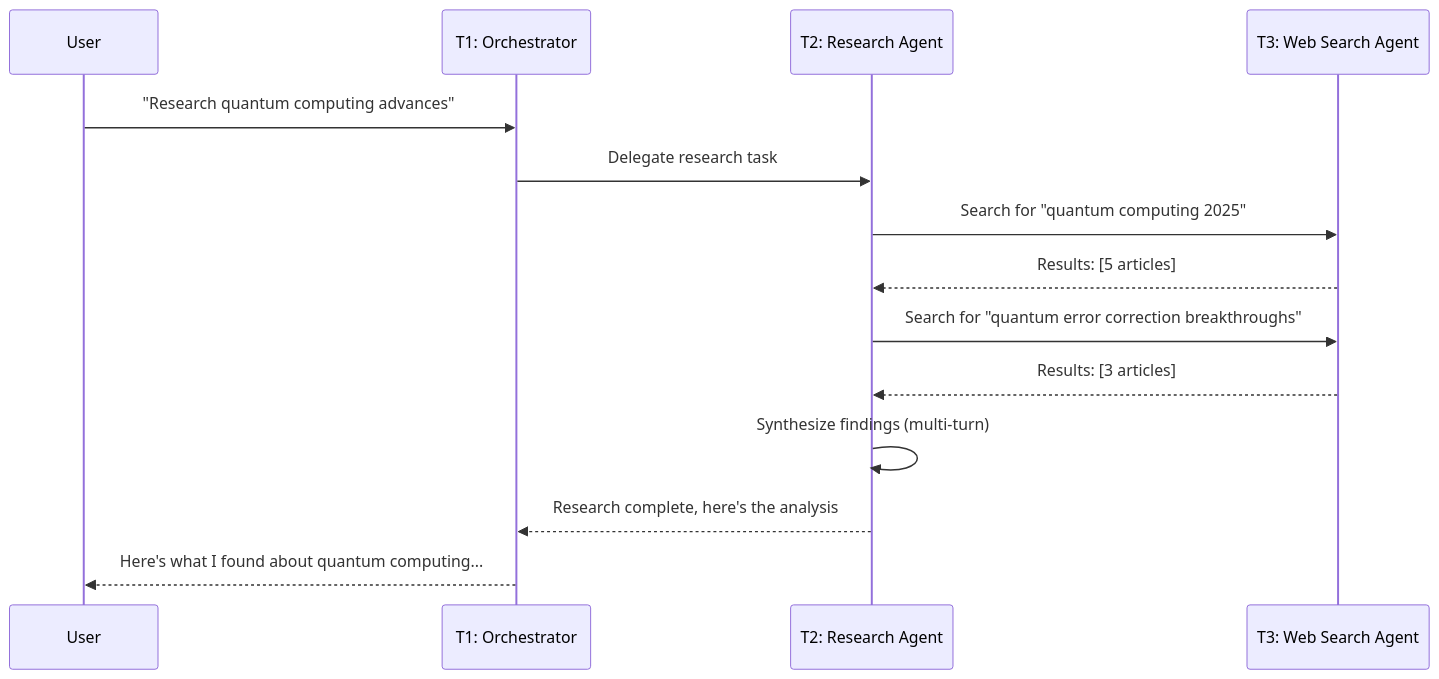
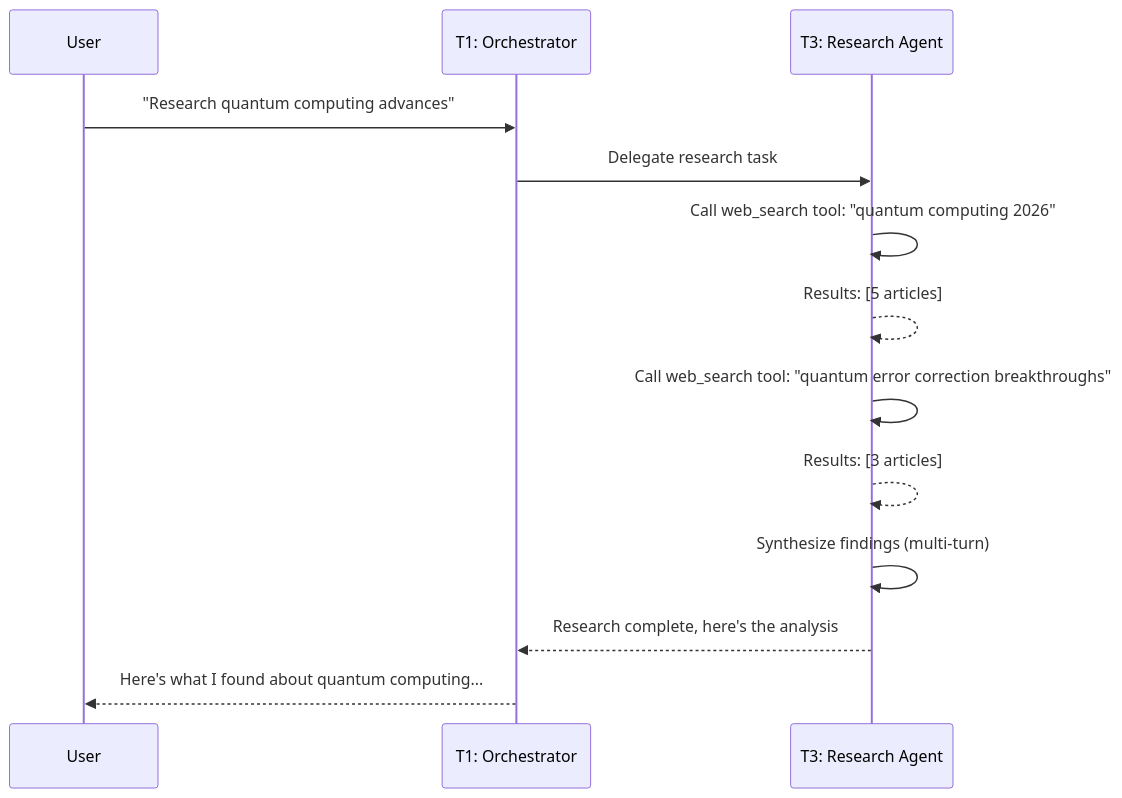
Before and after one commit to grey-gaming/ants: the second of 3 diagrams in docs/architecture.md, drawn with Mermaid. The commit also changed other lines of this file, not shown here.

Commit message:
Keep coding diff: docs/architecture.md (#2)

````diff
--- a/docs/architecture.md
+++ b/docs/architecture.md
@@ -150,17 +137,16 @@
 ```mermaid
 sequenceDiagram
     participant U as User
     participant O as T1: Orchestrator
-    participant S as T2: Research Agent
-    participant T as T3: Web Search Agent
+    participant R as T3: Research Agent
     
     U->>O: "Research quantum computing advances"
-    O->>S: Delegate research task
-    S->>T: Search for "quantum computing 2025"
-    T-->>S: Results: [5 articles]
-    S->>T: Search for "quantum error correction breakthroughs"
-    T-->>S: Results: [3 articles]
-    S->>S: Synthesize findings (multi-turn)
-    S-->>O: Research complete, here's the analysis
+    O->>R: Delegate research task
+    R->>R: Call web_search tool: "quantum computing 2026"
+    R-->>R: Results: [5 articles]
+    R->>R: Call web_search tool: "quantum error correction breakthroughs"
+    R-->>R: Results: [3 articles]
+    R->>R: Synthesize findings (multi-turn)
+    R-->>O: Research complete, here's the analysis
     O-->>U: Here's what I found about quantum computing...
 ```
````
